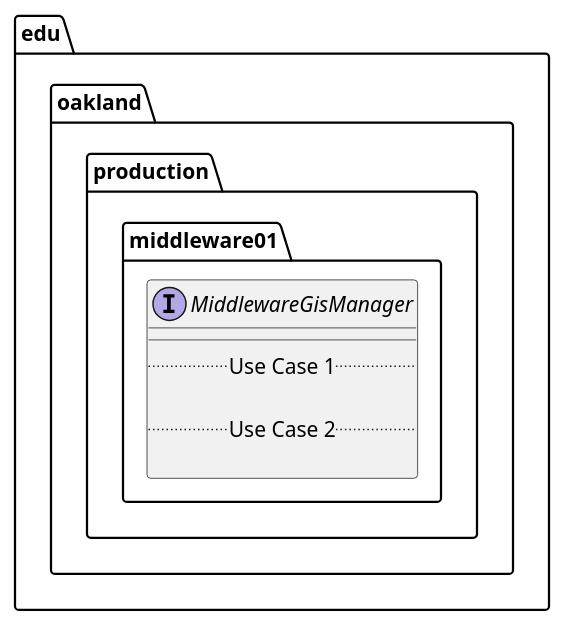
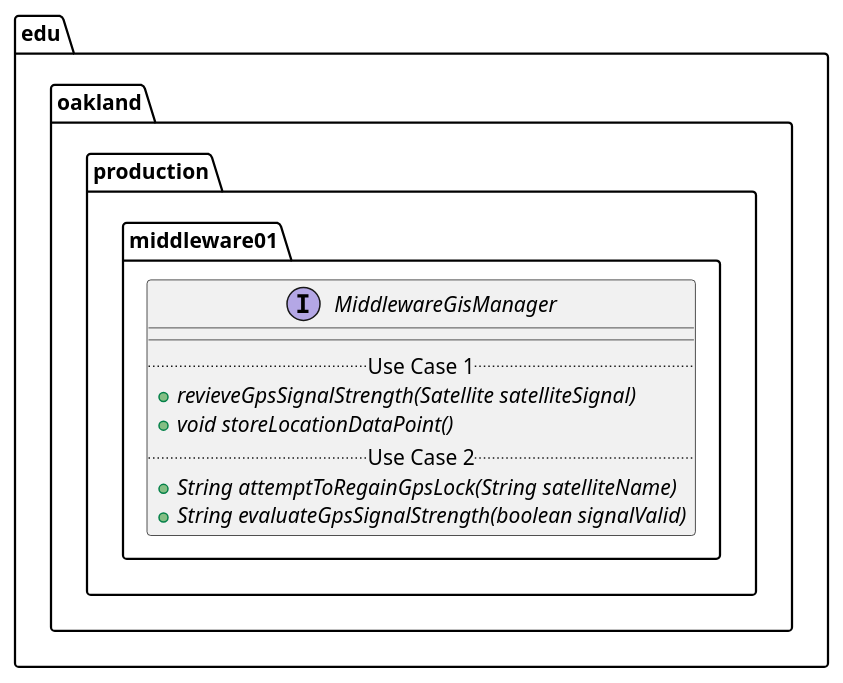
The diagram in docs/uml-class-diagrams/middleware01/production/MiddlewareGisManager/MiddlewareGisManager.puml (elilley15/csi-3370-software-project), drawn with PlantUML before and after one commit. The commit also changed 6 other files, not shown here.

First line of the commit message:
[Middleware_01] Create public UML diagrams (#11)

```diff
--- a/docs/uml-class-diagrams/middleware01/production/MiddlewareGisManager/MiddlewareGisManager.puml
+++ b/docs/uml-class-diagrams/middleware01/production/MiddlewareGisManager/MiddlewareGisManager.puml
@@ -1,13 +1,19 @@
 @startuml MiddlewareGisManager
 
 package edu.oakland.production.middleware01 {
     interface MiddlewareGisManager {
         __
         .. Use Case 1 ..
-
+        {abstract} + revieveGpsSignalStrength(Satellite satelliteSignal)
+        ' Middleware 2 is running evalutaiton concurrently?
+        {abstract} + void storeLocationDataPoint()
+        ' Called by Middleware 2 in between the 2 "yes" branches
         .. Use Case 2 ..
-
+        {abstract} + String attemptToRegainGpsLock(String satelliteName)
+        {abstract} + String evaluateGpsSignalStrength(boolean signalValid)
+        ' Can we print from evaluate? If not, need a way to surface mode
+        ' Get mode methods
     }
 }
 
 @enduml
```
